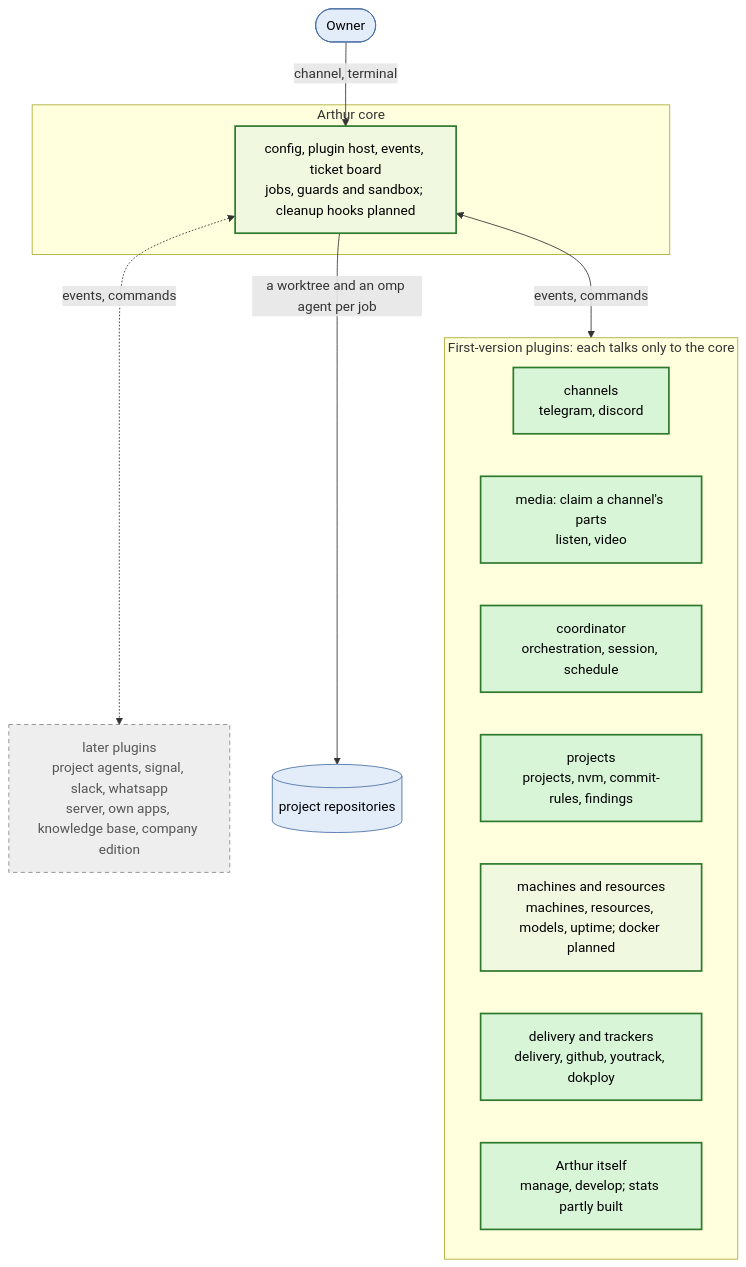
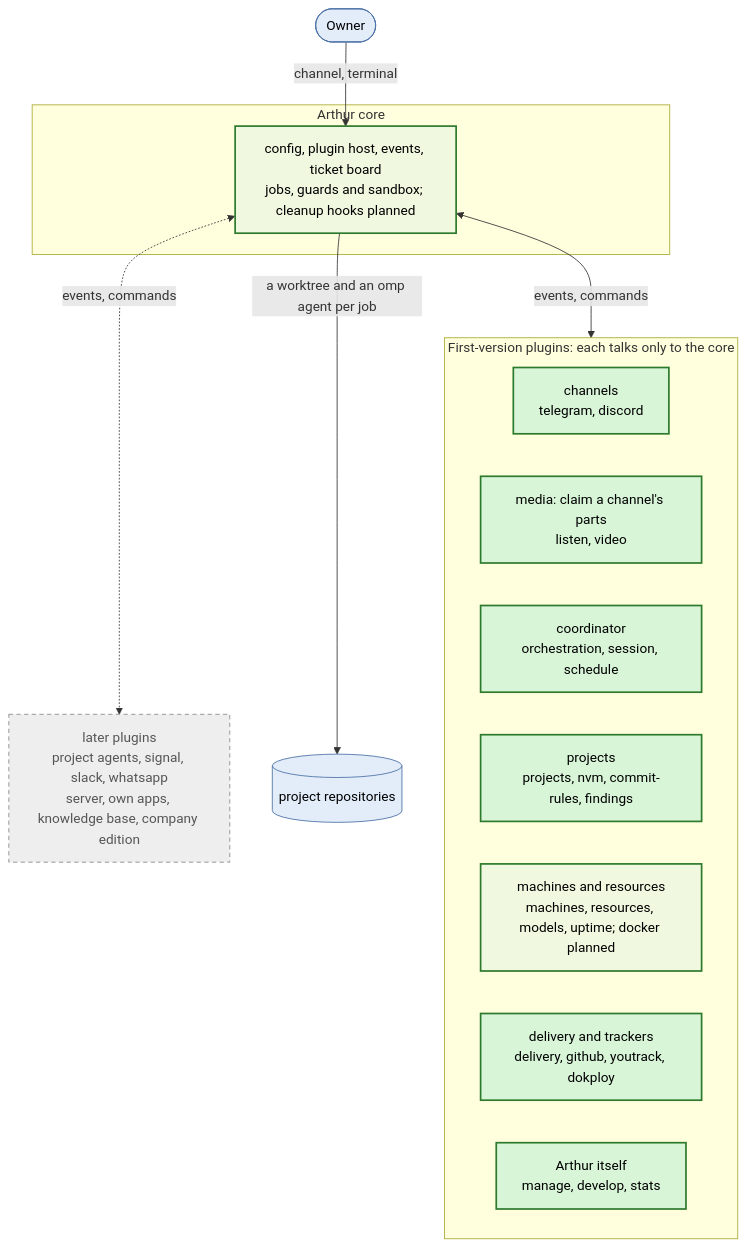
One commit to kacperadler/arthur changed the diagram in README.md. Above: the diagram before and after it, drawn with Mermaid. The commit also changed other lines of this file, not shown here.

Commit message:
docs(AR0650): README lists stats in its Features for the site

````diff
--- a/README.md
+++ b/README.md
@@ -59,28 +60,28 @@
 ```mermaid
 flowchart TD
   owner([Owner]) -->|channel, terminal| core
   subgraph CORE[Arthur core]
     core[config, plugin host, events, ticket board<br/>jobs, guards and sandbox; cleanup hooks planned]
   end
   subgraph FIRST[First-version plugins: each talks only to the core]
     chan[channels<br/>telegram, discord]
     media[media: claim a channel's parts<br/>listen, video]
     coord[coordinator<br/>orchestration, session, schedule]
     proj[projects<br/>projects, nvm, commit-rules, findings]
     res[machines and resources<br/>machines, resources, models, uptime; docker planned]
     deliv[delivery and trackers<br/>delivery, github, youtrack, dokploy]
-    self[Arthur itself<br/>manage, develop; stats partly built]
+    self[Arthur itself<br/>manage, develop, stats]
   end
   later[later plugins<br/>project agents, signal, slack, whatsapp<br/>server, own apps, knowledge base, company edition]
   core <-->|events, commands| FIRST
   core <-.->|events, commands| later
   core -->|a worktree and an omp agent per job| repos[(project repositories)]
   classDef built fill:#d8f5d8,stroke:#2d7a2d,stroke-width:2px,color:#000;
   classDef partial fill:#f0f9e0,stroke:#2d7a2d,stroke-width:2px,color:#000;
   classDef planned fill:#eee,stroke:#888,stroke-dasharray:5 4,color:#555;
   classDef outside fill:#e3edfa,stroke:#4a6fa5,color:#000;
   class coord,proj,self,media,chan,deliv built;
   class core,res partial;
   class later planned;
   class owner,repos outside;
 ```
````
